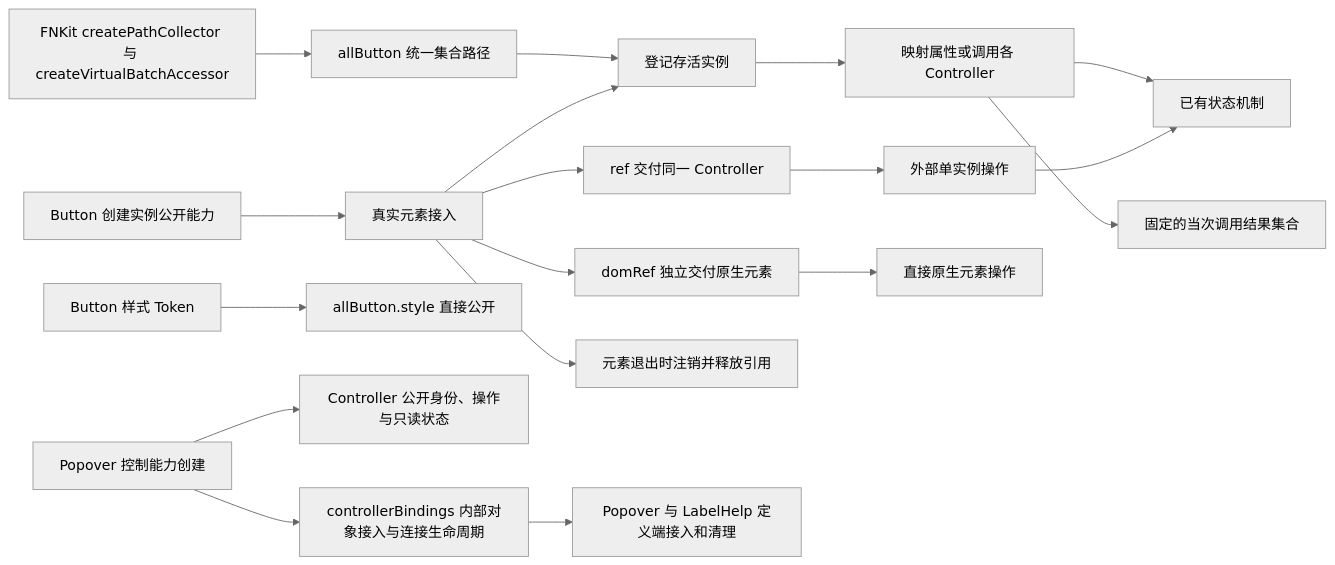
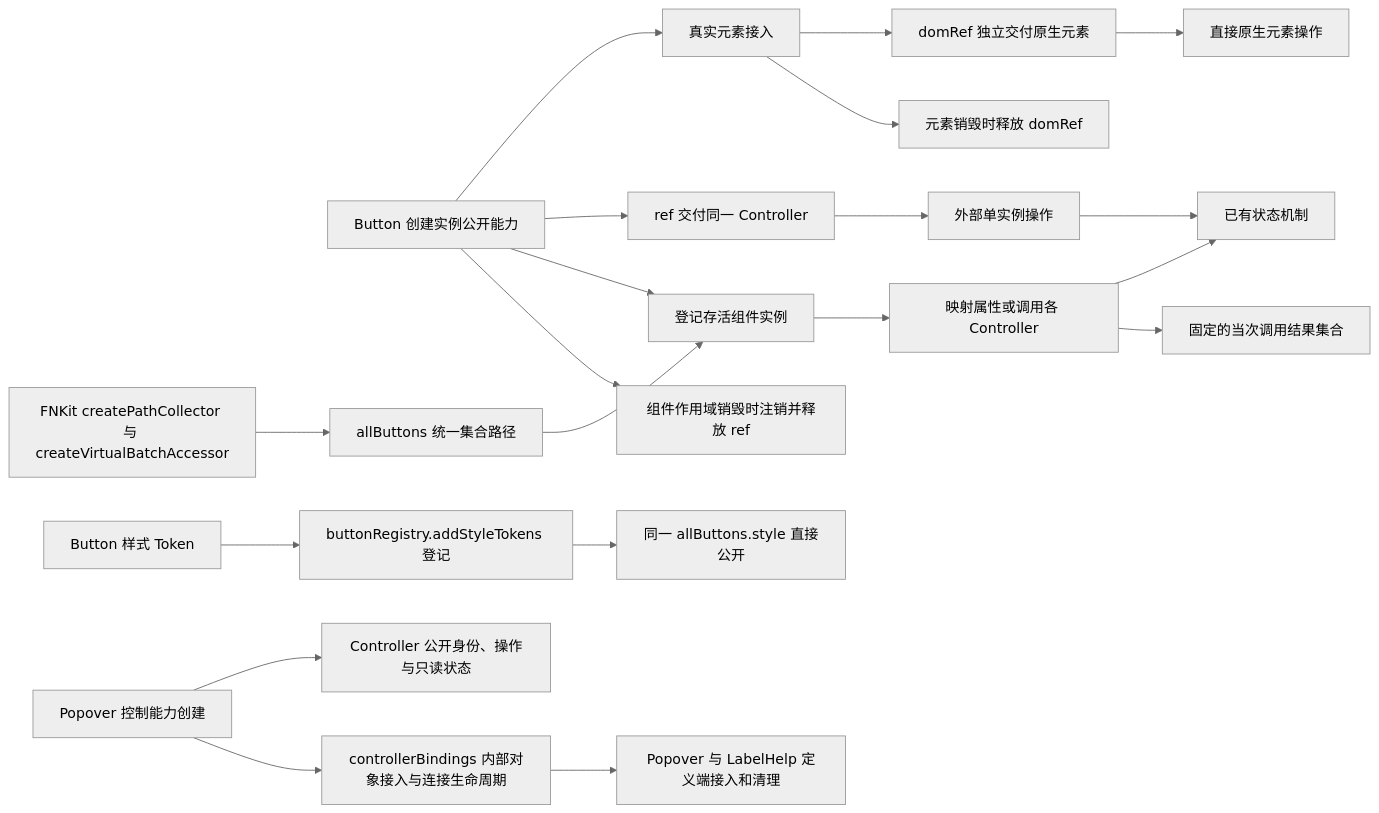
The diagram in docs/plans/261030_Button实例与整体控制入口.md (edsolater/uikit), drawn with Mermaid (neutral theme) before and after one commit. The commit also changed other lines of this file and 6 other files, not shown here.

````diff
--- a/docs/plans/261030_Button实例与整体控制入口.md
+++ b/docs/plans/261030_Button实例与整体控制入口.md
@@ -9,20 +9,22 @@
 ```mermaid
 flowchart LR
   A[Button 创建实例公开能力] --> B[真实元素接入]
-  B --> C[ref 交付同一 Controller]
-  B --> D[登记存活实例]
+  A --> C[ref 交付同一 Controller]
+  A --> D[登记存活组件实例]
   B --> L[domRef 独立交付原生元素]
   C --> E[外部单实例操作]
-  F[allButton 统一集合路径] --> D
+  F[allButtons 统一集合路径] --> D
   U[FNKit createPathCollector 与 createVirtualBatchAccessor] --> F
   D --> G[映射属性或调用各 Controller]
   E --> H[已有状态机制]
   G --> H
   G --> T[固定的当次调用结果集合]
   L --> M[直接原生元素操作]
-  I[Button 样式 Token] --> J[allButton.style 直接公开]
-  B --> K[元素退出时注销并释放引用]
+  I[Button 样式 Token] --> V[buttonRegistry.addStyleTokens 登记]
+  V --> J[同一 allButtons.style 直接公开]
+  A --> K[组件作用域销毁时注销并释放 ref]
+  B --> N[元素销毁时释放 domRef]
   P[Popover 控制能力创建] --> Q[Controller 公开身份、操作与只读状态]
   P --> R[controllerBindings 内部对象接入与连接生命周期]
   R --> S[Popover 与 LabelHelp 定义端接入和清理]
 ```
````
